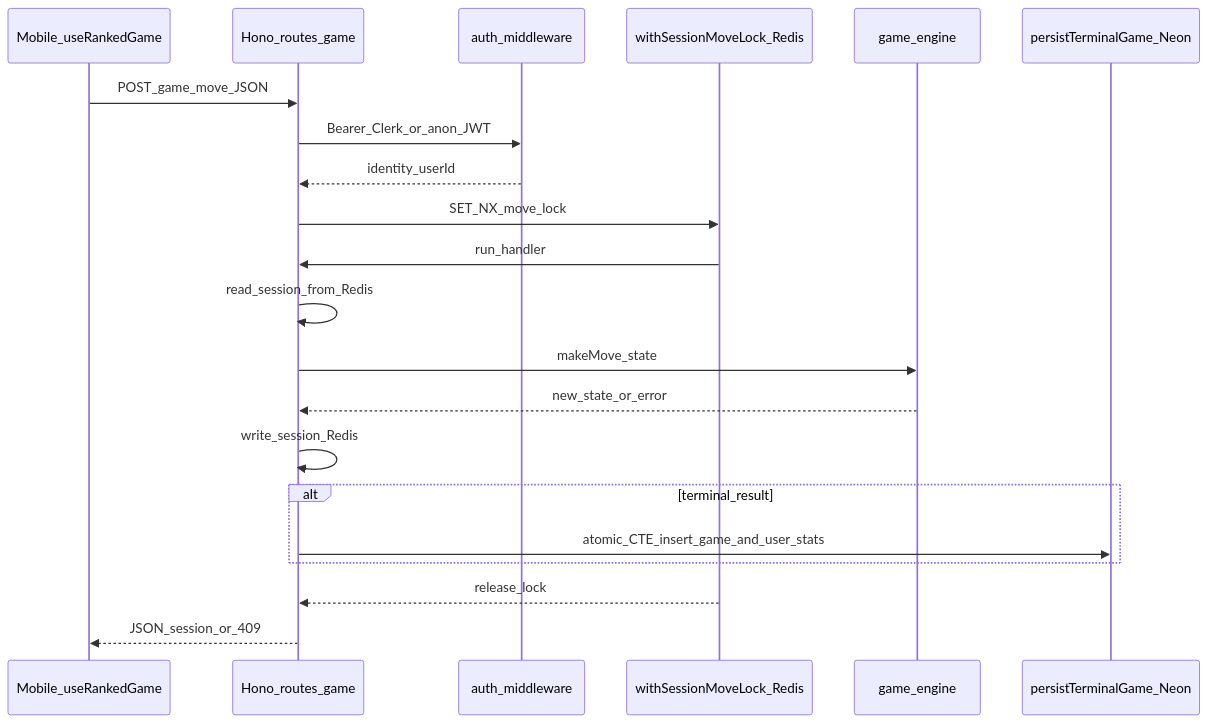
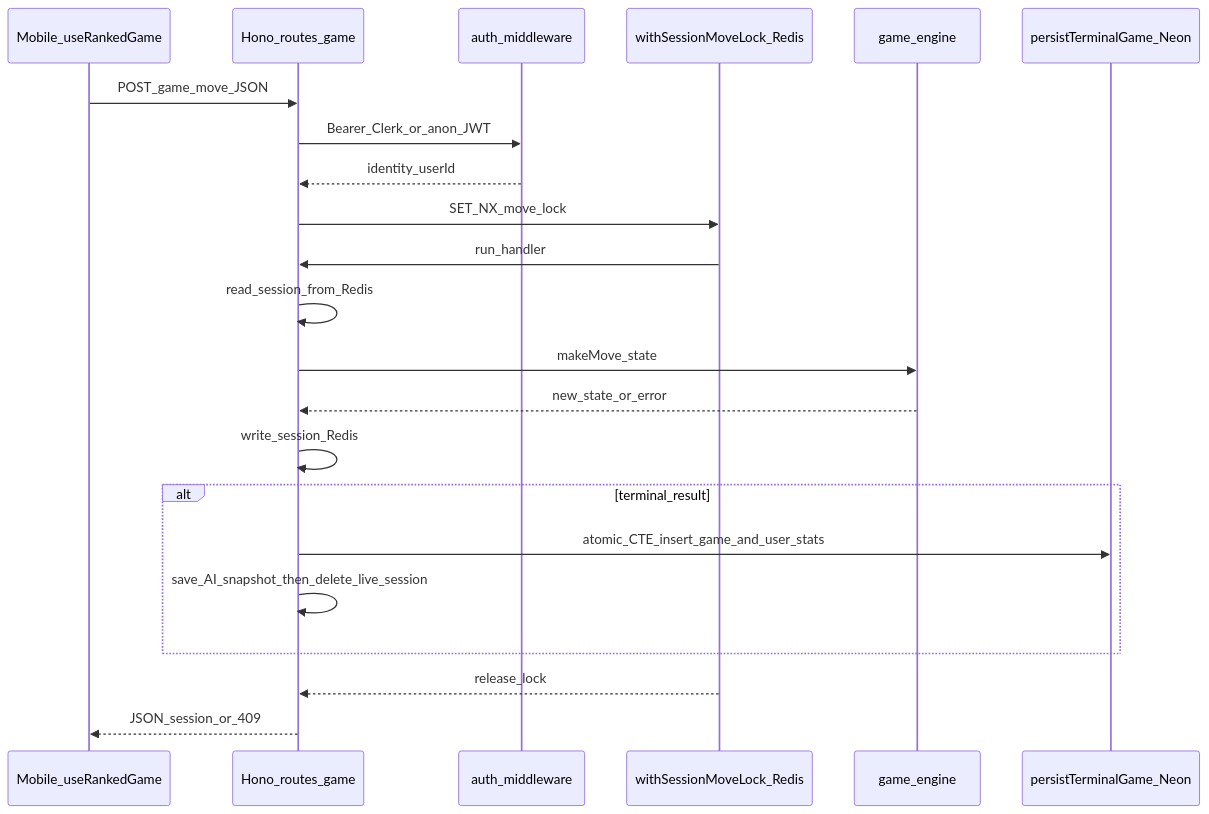
Before and after one commit to CClerville/cheddr-tic-tac-toe: the second of 2 diagrams in ARCHITECTURE.md, drawn with Mermaid. The commit also changed other lines of this file and 11 other files, not shown here.

````diff
--- a/ARCHITECTURE.md
+++ b/ARCHITECTURE.md
@@ -40,24 +40,25 @@
 ```mermaid
 sequenceDiagram
   participant UI as Mobile_useRankedGame
   participant API as Hono_routes_game
   participant Auth as auth_middleware
   participant Lock as withSessionMoveLock_Redis
   participant Eng as game_engine
   participant DB as persistTerminalGame_Neon
 
   UI->>API: POST_game_move_JSON
   API->>Auth: Bearer_Clerk_or_anon_JWT
   Auth-->>API: identity_userId
   API->>Lock: SET_NX_move_lock
   Lock->>API: run_handler
   API->>API: read_session_from_Redis
   API->>Eng: makeMove_state
   Eng-->>API: new_state_or_error
   API->>API: write_session_Redis
   alt terminal_result
     API->>DB: atomic_CTE_insert_game_and_user_stats
+    API->>API: save_AI_snapshot_then_delete_live_session
   end
   Lock-->>API: release_lock
   API-->>UI: JSON_session_or_409
 ```
````
